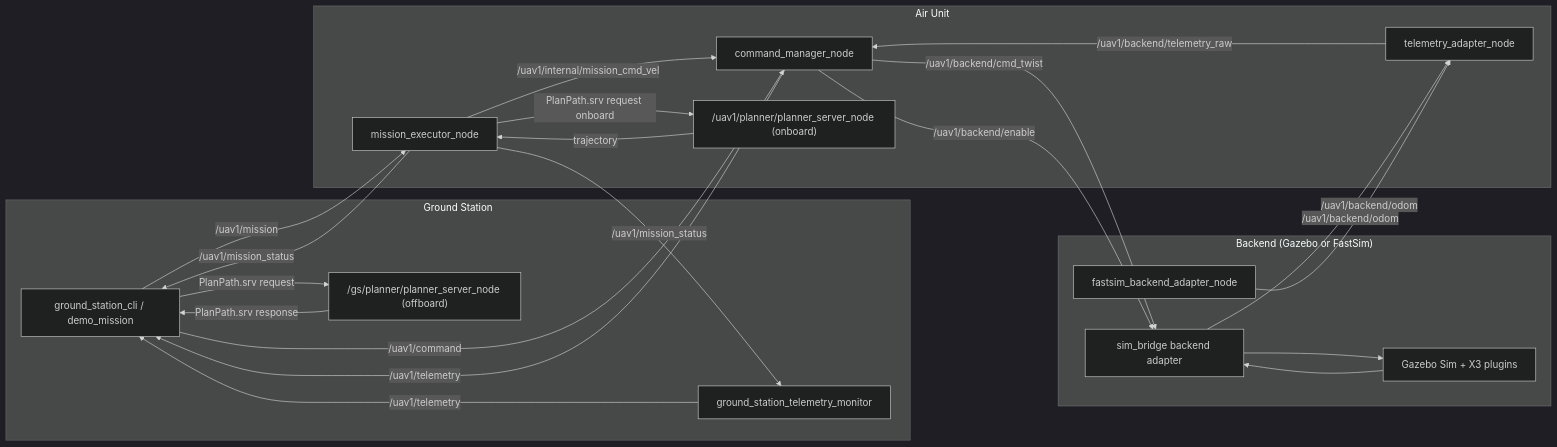
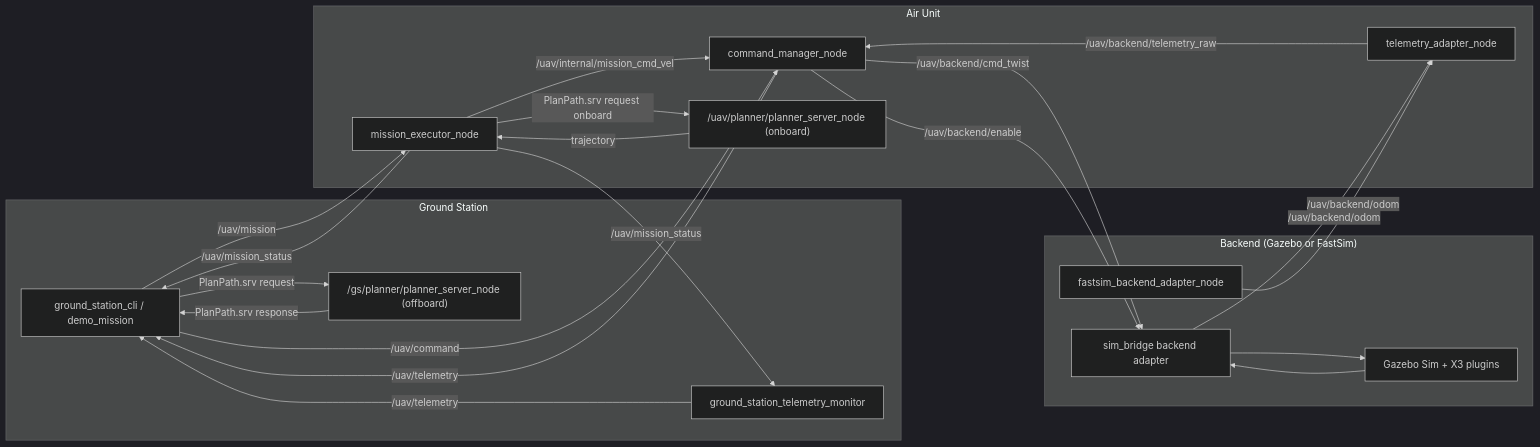
One commit to RawFish69/UAV-Controller changed the diagram in ros2_ws/README.md. Above: the diagram before and after it, drawn with Mermaid (dark theme). The commit also changed other lines of this file and 13 other files, not shown here.

````diff
--- a/ros2_ws/README.md
+++ b/ros2_ws/README.md
@@ -110,43 +110,43 @@
 ```mermaid
 flowchart LR
   subgraph Ground["Ground Station"]
     GSCLI["ground_station_cli / demo_mission"]
     GSMON["ground_station_telemetry_monitor"]
     GSP["/gs/planner/planner_server_node (offboard)"]
   end
 
   subgraph Air["Air Unit"]
     CM["command_manager_node"]
     ME["mission_executor_node"]
     TA["telemetry_adapter_node"]
-    AP["/uav1/planner/planner_server_node (onboard)"]
+    AP["/uav/planner/planner_server_node (onboard)"]
   end
 
   subgraph Backend["Backend (Gazebo or FastSim)"]
     SB["sim_bridge backend adapter"]
     GZ["Gazebo Sim + X3 plugins"]
     FS["fastsim_backend_adapter_node"]
   end
 
-  GSCLI -->|/uav1/command| CM
-  GSCLI -->|/uav1/mission| ME
+  GSCLI -->|/uav/command| CM
+  GSCLI -->|/uav/mission| ME
   GSP -->|PlanPath.srv response| GSCLI
   GSCLI -->|PlanPath.srv request| GSP
-  GSMON -->|/uav1/telemetry| GSCLI
-  ME -->|/uav1/mission_status| GSMON
+  GSMON -->|/uav/telemetry| GSCLI
+  ME -->|/uav/mission_status| GSMON
 
-  ME -->|/uav1/internal/mission_cmd_vel| CM
-  CM -->|/uav1/backend/cmd_twist| SB
-  CM -->|/uav1/backend/enable| SB
-  SB -->|/uav1/backend/odom| TA
-  TA -->|/uav1/backend/telemetry_raw| CM
-  CM -->|/uav1/telemetry| GSCLI
-  ME -->|/uav1/mission_status| GSCLI
+  ME -->|/uav/internal/mission_cmd_vel| CM
+  CM -->|/uav/backend/cmd_twist| SB
+  CM -->|/uav/backend/enable| SB
+  SB -->|/uav/backend/odom| TA
+  TA -->|/uav/backend/telemetry_raw| CM
+  CM -->|/uav/telemetry| GSCLI
+  ME -->|/uav/mission_status| GSCLI
 
   ME -->|PlanPath.srv request onboard| AP
   AP -->|trajectory| ME
 
   SB --> GZ
   GZ --> SB
-  FS -->|/uav1/backend/odom| TA
+  FS -->|/uav/backend/odom| TA
 ```
````
